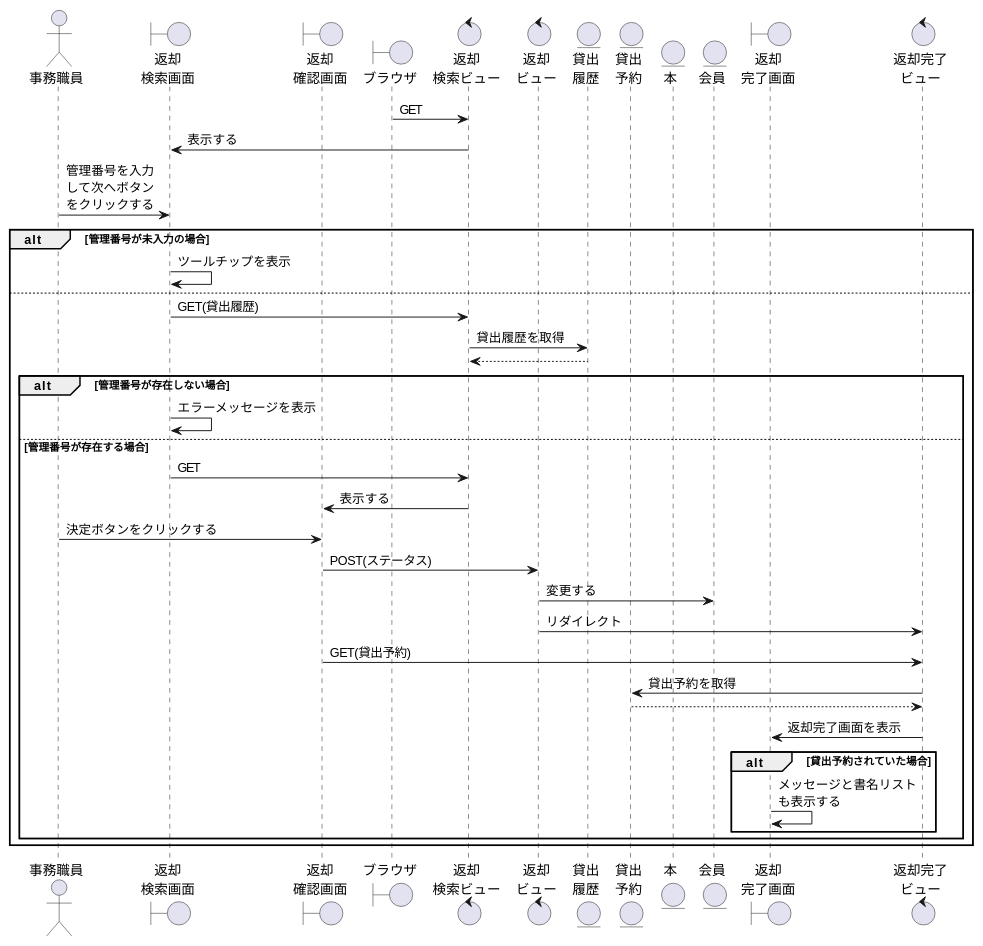
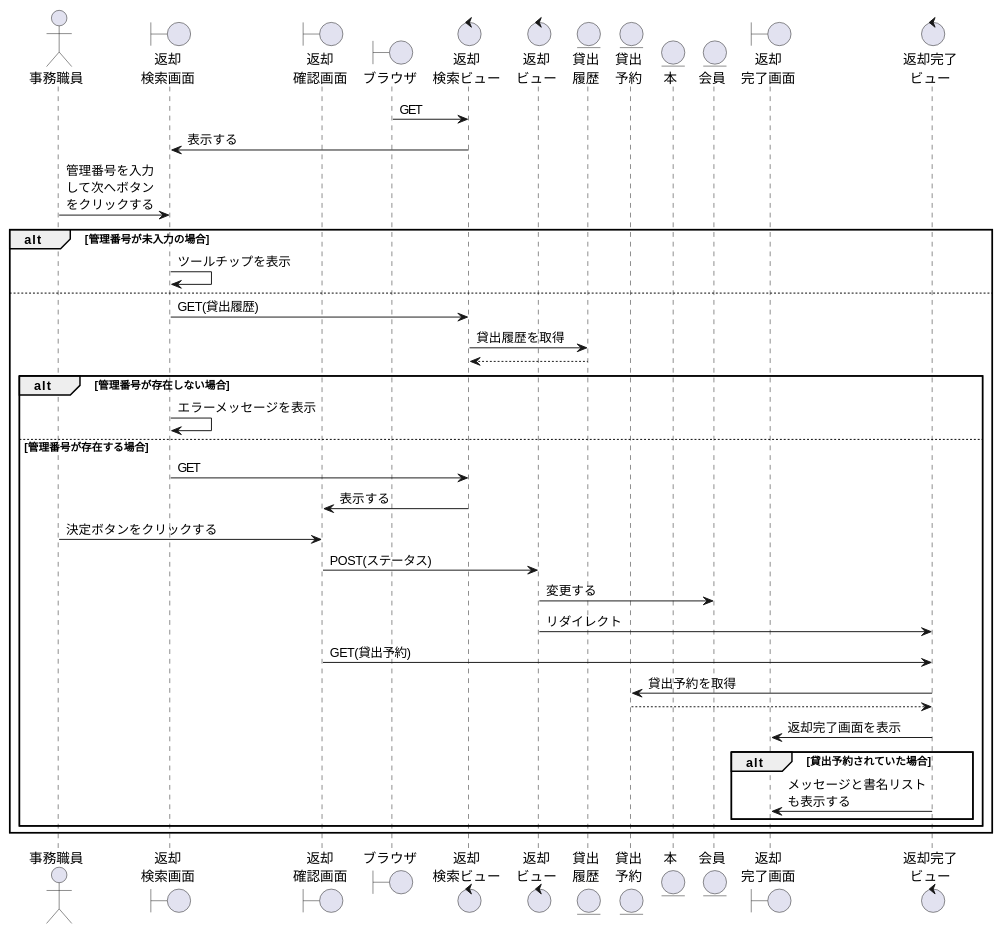
Before and after one commit to ysyk-wtnb16/team_D: the diagram in 効果測定/返却.wsd, drawn with PlantUML. The commit also changed 1 other file, not shown here.

```diff
--- a/効果測定/返却.wsd
+++ b/効果測定/返却.wsd
@@ -1,44 +1,44 @@
 @startuml HK
  
 actor "事務職員" as staff
 boundary "返却\n検索画面" as HKKs
 boundary "返却\n確認画面" as HKChecks
 boundary "ブラウザ" as brz
 control "返却\n検索ビュー" as HKKv
 control "返却\nビュー" as HKv
 entity "貸出\n履歴" as KDR
 entity "貸出\n予約" as KDY
 entity "本" as book
 entity "会員" as member
 boundary "返却\n完了画面" as HKOKs
 control "返却完了\nビュー" as HKOKv
  
 brz -> HKKv:GET
 HKKs <- HKKv:表示する
 staff -> HKKs: 管理番号を入力\nして次へボタン\nをクリックする
 alt 管理番号が未入力の場合
     HKKs -> HKKs: ツールチップを表示
 else
     HKKs -> HKKv: GET(貸出履歴)
     HKKv -> KDR: 貸出履歴を取得
     HKKv <-- KDR
     alt 管理番号が存在しない場合
         HKKs -> HKKs: エラーメッセージを表示
     else 管理番号が存在する場合
         HKKs -> HKKv:GET
         HKChecks <- HKKv: 表示する
         staff -> HKChecks: 決定ボタンをクリックする
         HKChecks -> HKv: POST(ステータス)
         HKv -> member: 変更する
         HKv -> HKOKv: リダイレクト
         HKChecks -> HKOKv: GET(貸出予約)
         KDY <- HKOKv: 貸出予約を取得
         KDY --> HKOKv
         HKOKs <- HKOKv: 返却完了画面を表示
         alt 貸出予約されていた場合
-            HKOKs -> HKOKs: メッセージと書名リスト\nも表示する
+            HKOKv -> HKOKs: メッセージと書名リスト\nも表示する
         end
     end
 end
  
 @enduml
```
